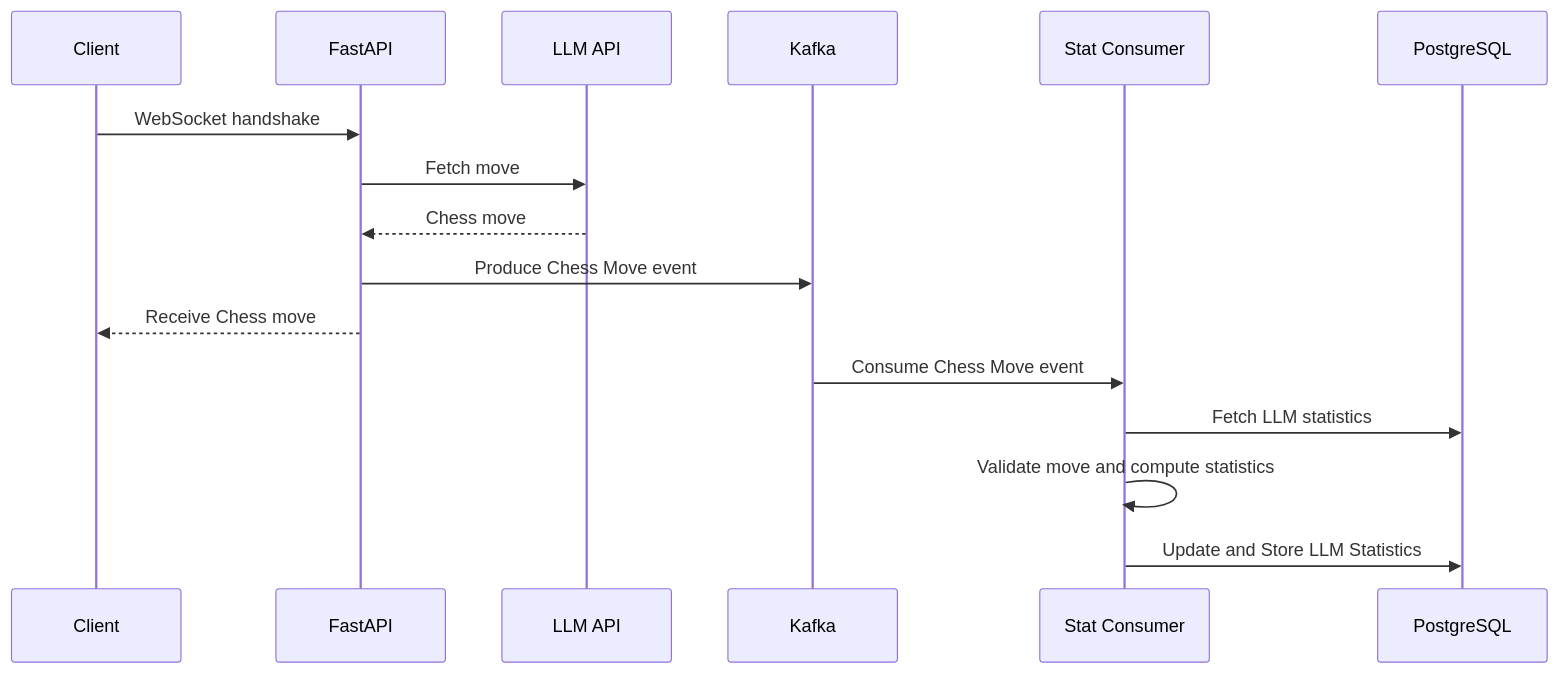
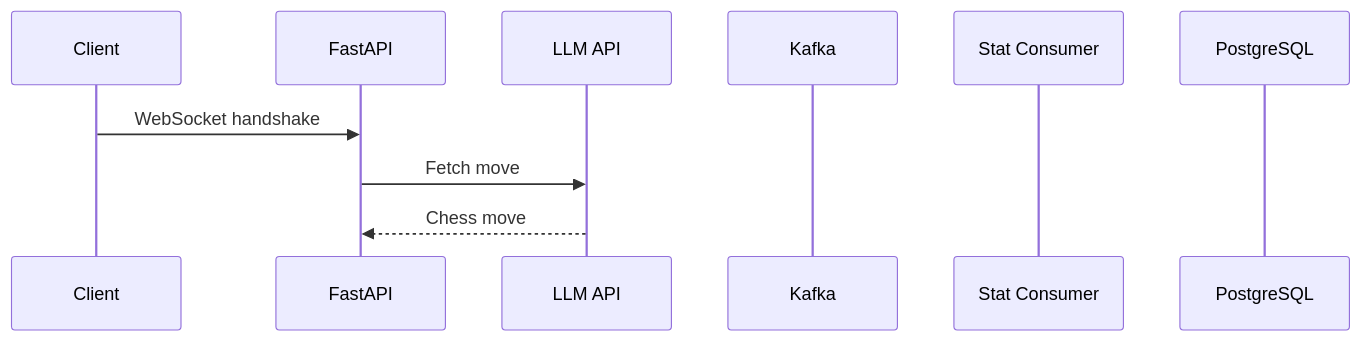
The second of 2 diagrams in docs/architecture.md (roddylan/ChessVLM-backend), drawn with Mermaid before and after one commit. The commit also changed other lines of this file, not shown here.

Commit message:
removed unused elements from architecture diagrams

````diff
--- a/docs/architecture.md
+++ b/docs/architecture.md
@@ -38,19 +31,13 @@
 ```mermaid
 sequenceDiagram
     participant C as Client
     participant A as FastAPI
     participant L as LLM API
     participant K as Kafka
     participant ST as Stat Consumer
     participant DB as PostgreSQL
 
     C ->> A: WebSocket handshake
     A ->> L: Fetch move
     L -->> A: Chess move
-    A ->> K: Produce Chess Move event
-    A -->> C: Receive Chess move
-    K ->> ST: Consume Chess Move event
-    ST ->> DB: Fetch LLM statistics
-    ST ->> ST: Validate move and compute statistics
-    ST ->> DB: Update and Store LLM Statistics
 ```
````
